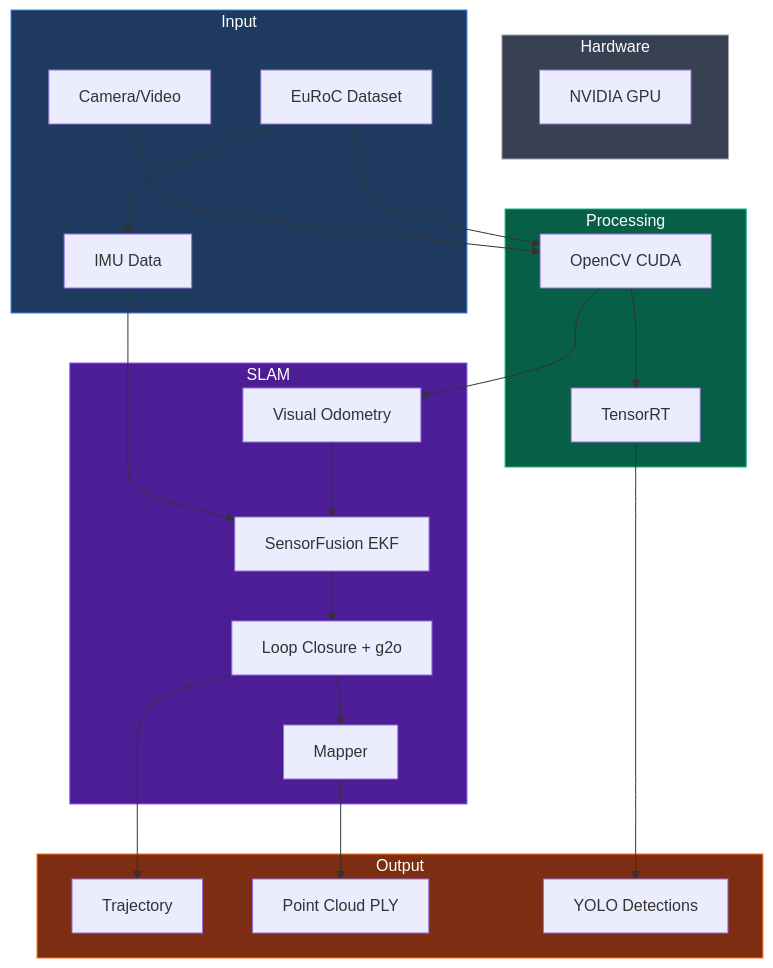
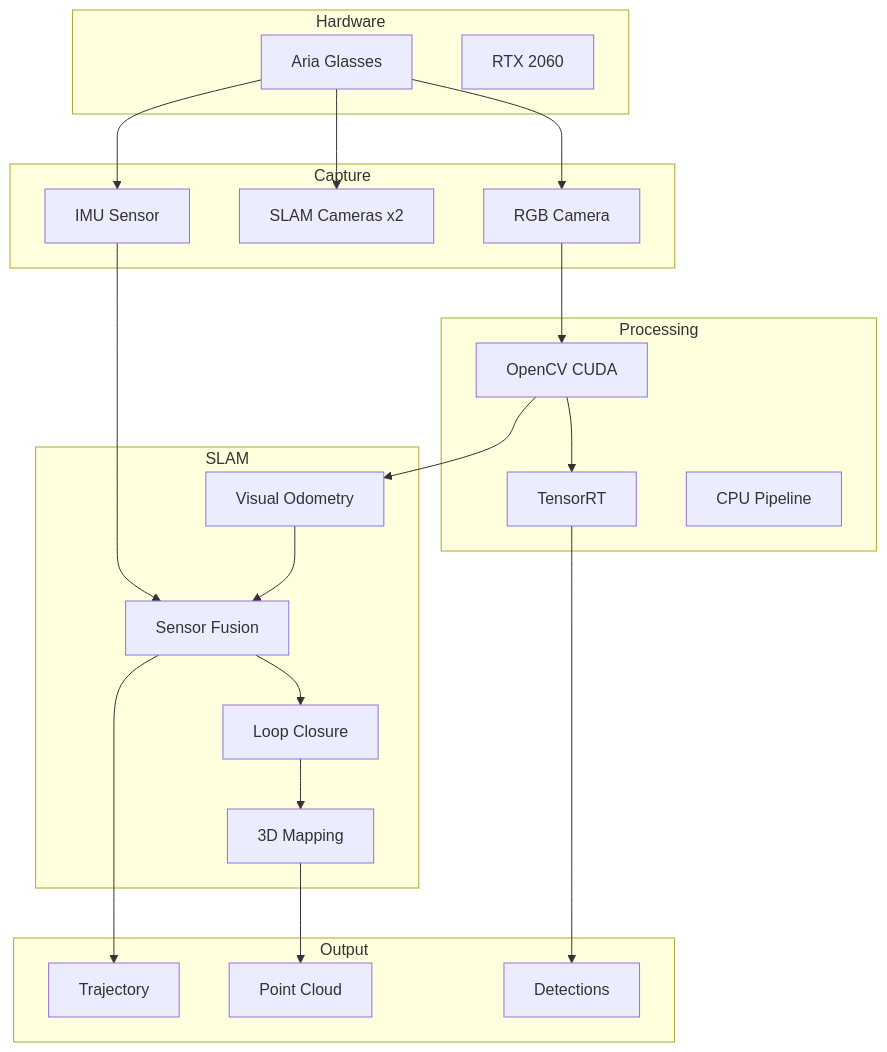
Before and after one commit to robertteleng/aria-slam: the third of 10 diagrams in README.md, drawn with Mermaid. The commit also changed other lines of this file, not shown here.

Commit message:
docs: add glossary section and fix Mermaid syntax

````diff
--- a/README.md
+++ b/README.md
@@ -159,52 +146,49 @@
 ```mermaid
 flowchart TD
-    subgraph Hardware
-        GPU[NVIDIA GPU]
+    subgraph Hardware["Hardware"]
+        ARIA[Aria Glasses]
+        GPU[RTX 2060]
     end
 
-    subgraph Input
-        CAM[Camera/Video]
-        EUROC[EuRoC Dataset]
-        IMU_S[IMU Data]
+    subgraph Capture["Capture"]
+        RGB[RGB Camera]
+        SLAM_CAM[SLAM Cameras x2]
+        IMU_S[IMU Sensor]
     end
 
-    subgraph Processing
+    subgraph Processing["Processing"]
         CUDA[OpenCV CUDA]
         TRT[TensorRT]
+        CPU[CPU Pipeline]
     end
 
-    subgraph SLAM
+    subgraph SLAM["SLAM"]
         VO[Visual Odometry]
-        FUSION[SensorFusion EKF]
-        LOOP[Loop Closure + g2o]
-        MAPPING[Mapper]
+        FUSION[Sensor Fusion]
+        LOOP[Loop Closure]
+        MAPPING[3D Mapping]
     end
 
-    subgraph Output
+    subgraph Output["Output"]
         TRAJ[Trajectory]
-        MAP[Point Cloud PLY]
-        DET[YOLO Detections]
+        MAP[Point Cloud]
+        DET[Detections]
     end
 
-    CAM --> CUDA
-    EUROC --> CUDA
-    EUROC --> IMU_S
+    ARIA --> RGB
+    ARIA --> SLAM_CAM
+    ARIA --> IMU_S
+
+    RGB --> CUDA
+    CUDA --> VO
     IMU_S --> FUSION
-
-    CUDA --> VO
     VO --> FUSION
     FUSION --> LOOP
     LOOP --> MAPPING
 
     CUDA --> TRT
     TRT --> DET
 
     MAPPING --> MAP
-    LOOP --> TRAJ
-
-    style Hardware fill:#374151,stroke:#9ca3af,color:#fff
-    style Input fill:#1e3a5f,stroke:#3b82f6,color:#fff
-    style Processing fill:#065f46,stroke:#10b981,color:#fff
-    style SLAM fill:#4c1d95,stroke:#8b5cf6,color:#fff
-    style Output fill:#7c2d12,stroke:#f97316,color:#fff
+    FUSION --> TRAJ
 ```
````
